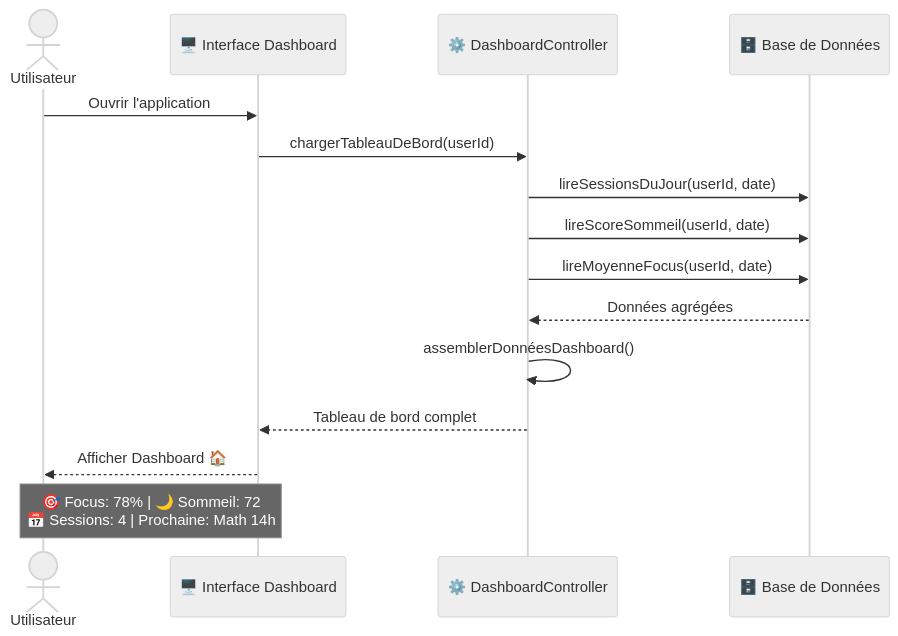
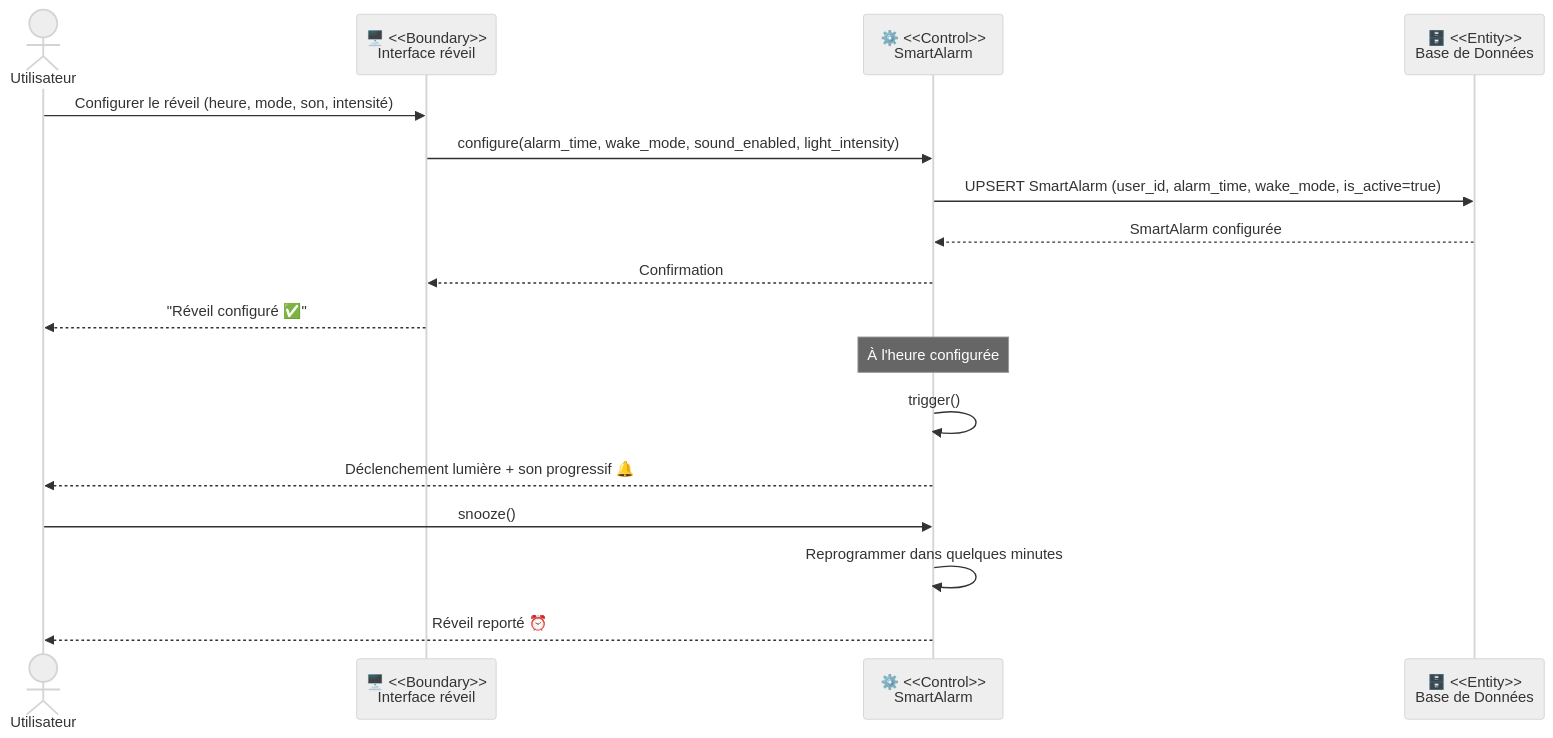
Diagram 18 of 20 in docs/Conception_DiagrammeSequence.md (Jkacem/smart_focus), drawn with Mermaid (neutral theme) before and after one commit. The commit also changed other lines of this file and 31 other files, not shown here.

````diff
--- a/docs/Conception_DiagrammeSequence.md
+++ b/docs/Conception_DiagrammeSequence.md
@@ -451,21 +611,23 @@
 ```mermaid
 sequenceDiagram
     actor Utilisateur
-    participant B as 🖥️ Interface Dashboard
-    participant C as ⚙️ DashboardController
-    participant E as 🗄️ Base de Données
+    participant B  as 🖥️ <<Boundary>><br/>Interface réveil
+    participant SA as ⚙️ <<Control>><br/>SmartAlarm
+    participant E  as 🗄️ <<Entity>><br/>Base de Données
 
-    Utilisateur->>B: Ouvrir l'application
-    B->>C: chargerTableauDeBord(userId)
+    Utilisateur->>B: Configurer le réveil (heure, mode, son, intensité)
+    B->>SA: configure(alarm_time, wake_mode, sound_enabled, light_intensity)
+    SA->>E: UPSERT SmartAlarm (user_id, alarm_time, wake_mode, is_active=true)
+    E-->>SA: SmartAlarm configurée
+    SA-->>B: Confirmation
+    B-->>Utilisateur: "Réveil configuré ✅"
 
-    C->>E: lireSessionsDuJour(userId, date)
-    C->>E: lireScoreSommeil(userId, date)
-    C->>E: lireMoyenneFocus(userId, date)
-    E-->>C: Données agrégées
+    Note over SA: À l'heure configurée
 
-    C->>C: assemblerDonnéesDashboard()
-    C-->>B: Tableau de bord complet
-    B-->>Utilisateur: Afficher Dashboard 🏠
+    SA->>SA: trigger()
+    SA-->>Utilisateur: Déclenchement lumière + son progressif 🔔
 
-    Note over B, Utilisateur: 🎯 Focus: 78% | 🌙 Sommeil: 72<br/>📅 Sessions: 4 | Prochaine: Math 14h
+    Utilisateur->>SA: snooze()
+    SA->>SA: Reprogrammer dans quelques minutes
+    SA-->>Utilisateur: Réveil reporté ⏰
 ```
````
